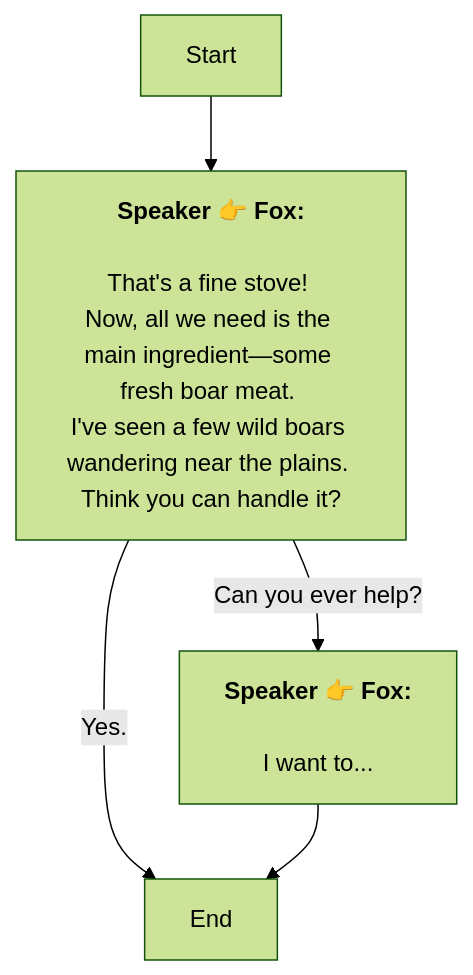
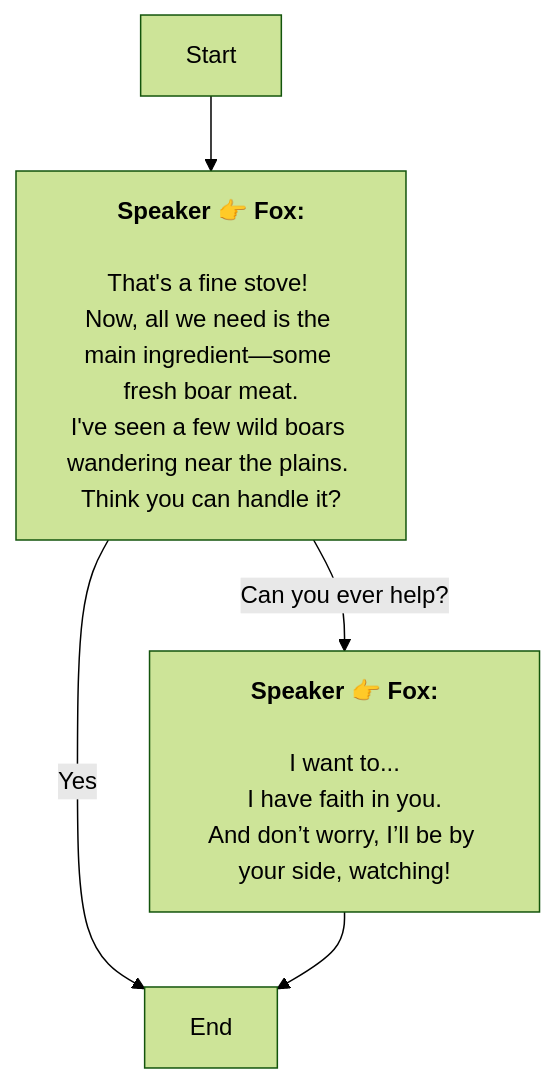
The diagram in En/QuestStartTalkENode_1768893216400430.md (SoftHu/tos_avg), drawn with Mermaid (forest theme) before and after one commit. The commit also changed 410 other files, not shown here.

````diff
--- a/En/QuestStartTalkENode_1768893216400430.md
+++ b/En/QuestStartTalkENode_1768893216400430.md
@@ -1,12 +1,13 @@
 ```mermaid
 graph
 Start -->1768893252997169[<b>Speaker 👉 Fox:</b>
 \nThat's a fine stove! 
-Now, all we need is the main ingredient—some fresh boar meat. \nI've seen a few wild boars wandering near the plains. 
+Now, all we need is the main ingredient—some fresh boar meat.\nI've seen a few wild boars wandering near the plains. 
 Think you can handle it?]
 1768893252997169 -->|Can you ever help?|1768893303806007[<b>Speaker 👉 Fox:</b>
-\nI want to...]
-1768893252997169 -->|Yes.|1768893307619384[End]
+\nI want to...\nI have faith in you.
+And don’t worry, I’ll be by your side, watching!]
+1768893252997169 -->|Yes|1768893307619384[End]
 1768893303806007 -->1768893307619384[End]
 
 ```
````
